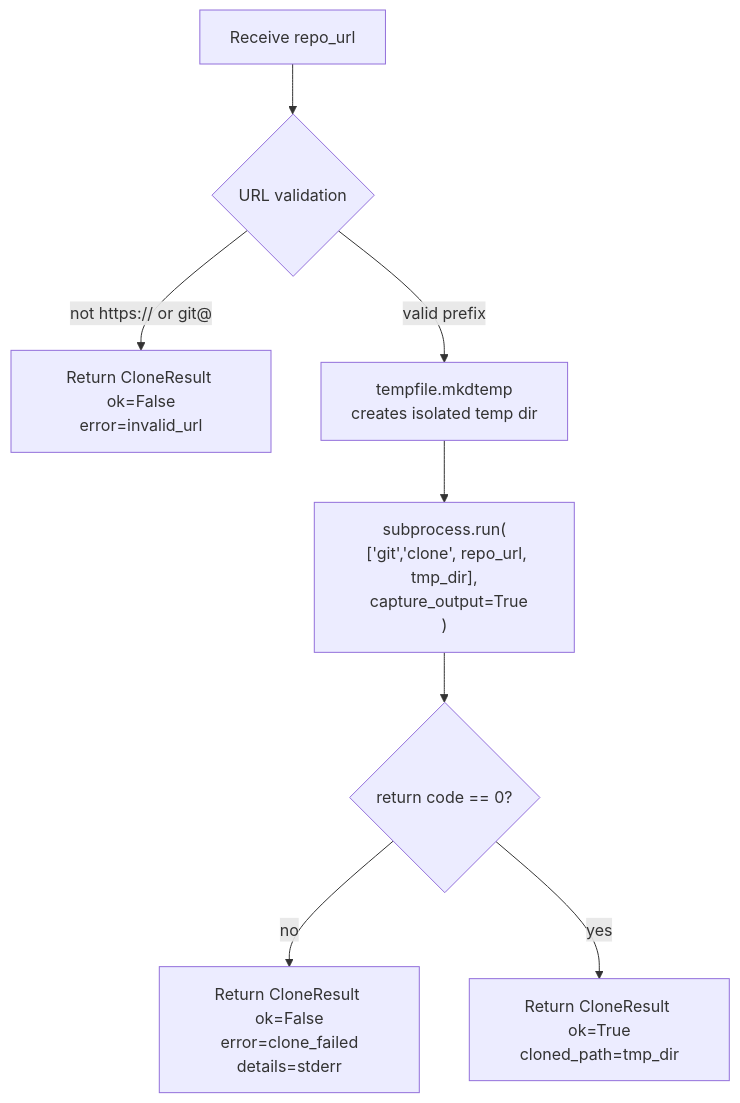
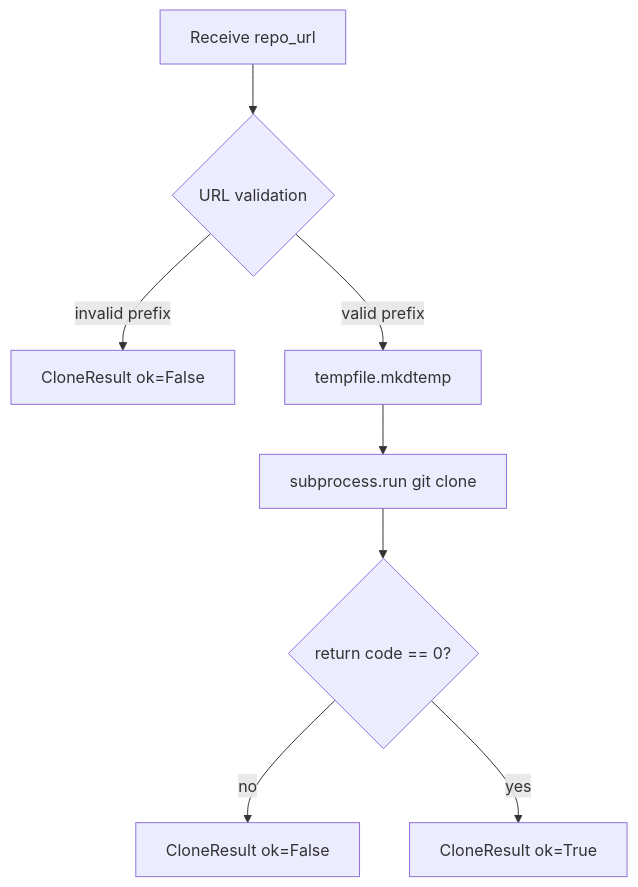
Before and after one commit to NebiyouBelaineh/LangGraph-Automation-Auditor: the fourth of 10 diagrams in reports/final_report.md, drawn with Mermaid. The commit also changed other lines of this file and 1 other file, not shown here.

````diff
--- a/reports/final_report.md
+++ b/reports/final_report.md
@@ -251,10 +266,10 @@
 ```mermaid
 flowchart TD
     A[Receive repo_url] --> B{URL validation}
-    B -->|not https:// or git@| C[Return CloneResult ok=False\nerror=invalid_url]
-    B -->|valid prefix| D[tempfile.mkdtemp\ncreates isolated temp dir]
-    D --> E["subprocess.run(\n  ['git','clone', repo_url, tmp_dir],\n  capture_output=True\n)"]
+    B -->|invalid prefix| C[CloneResult ok=False]
+    B -->|valid prefix| D[tempfile.mkdtemp]
+    D --> E[subprocess.run git clone]
     E --> F{return code == 0?}
-    F -->|no| G[Return CloneResult ok=False\nerror=clone_failed\ndetails=stderr]
-    F -->|yes| H[Return CloneResult ok=True\ncloned_path=tmp_dir]
+    F -->|no| G[CloneResult ok=False]
+    F -->|yes| H[CloneResult ok=True]
 ```
````
